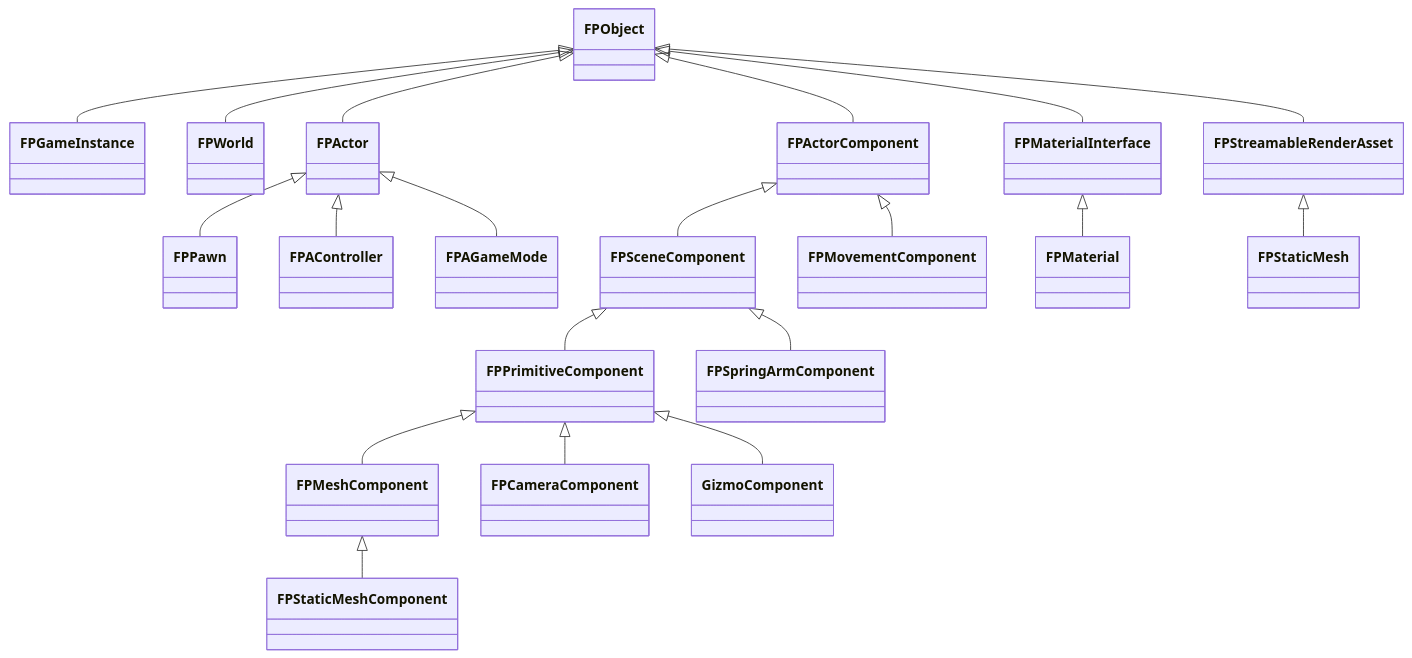
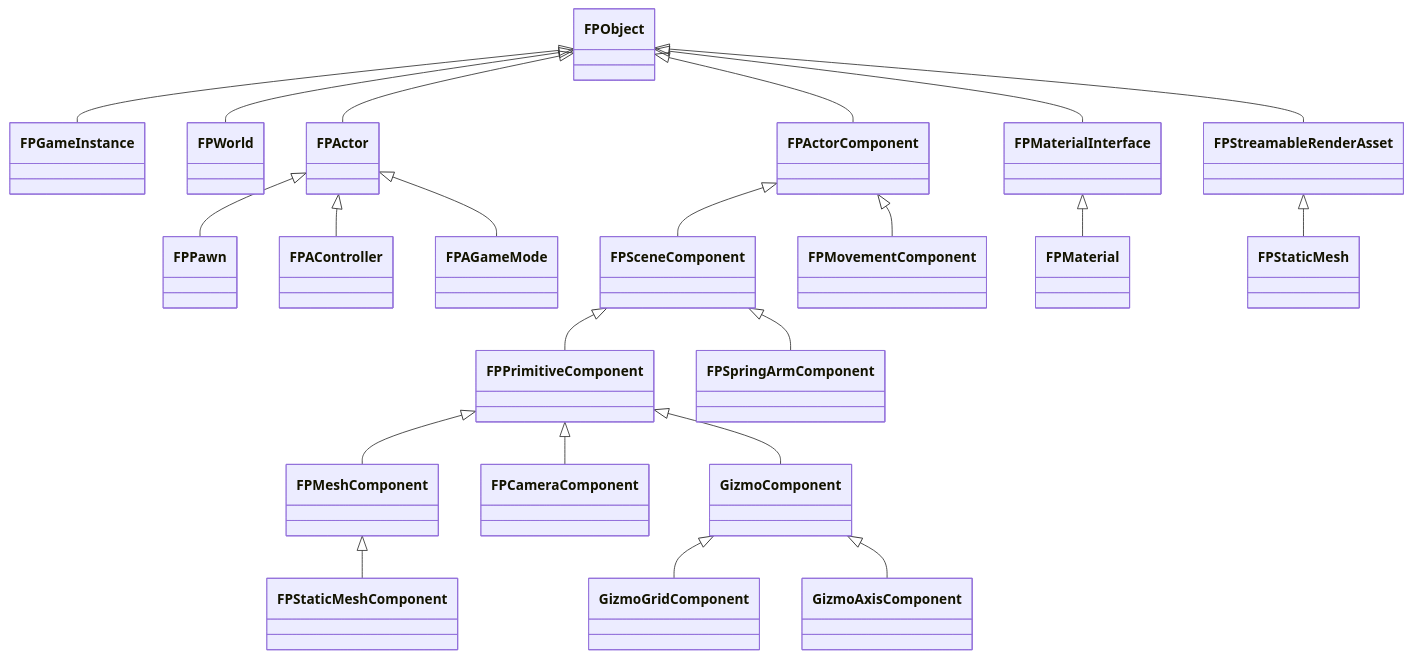
Before and after one commit to Gat-Young/ForestPearlEngine: the second of 11 diagrams in README.md, drawn with Mermaid. The commit also changed other lines of this file and 2 other files, not shown here.

````diff
--- a/README.md
+++ b/README.md
@@ -238,22 +244,24 @@
 ```mermaid
 classDiagram
     FPObject <|-- FPGameInstance
     FPObject <|-- FPWorld
     FPObject <|-- FPActor
     FPObject <|-- FPActorComponent
     FPObject <|-- FPMaterialInterface
     FPObject <|-- FPStreamableRenderAsset
     FPActor <|-- FPPawn
     FPActor <|-- FPAController
     FPActor <|-- FPAGameMode
     FPActorComponent <|-- FPSceneComponent
     FPActorComponent <|-- FPMovementComponent
     FPSceneComponent <|-- FPPrimitiveComponent
     FPSceneComponent <|-- FPSpringArmComponent
     FPPrimitiveComponent <|-- FPMeshComponent
     FPPrimitiveComponent <|-- FPCameraComponent
     FPPrimitiveComponent <|-- GizmoComponent
     FPMeshComponent <|-- FPStaticMeshComponent
+    GizmoComponent <|-- GizmoGridComponent
+    GizmoComponent <|-- GizmoAxisComponent
     FPMaterialInterface <|-- FPMaterial
     FPStreamableRenderAsset <|-- FPStaticMesh
 ```
````
